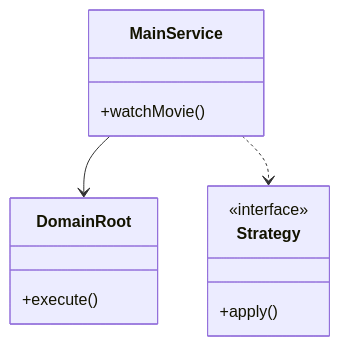
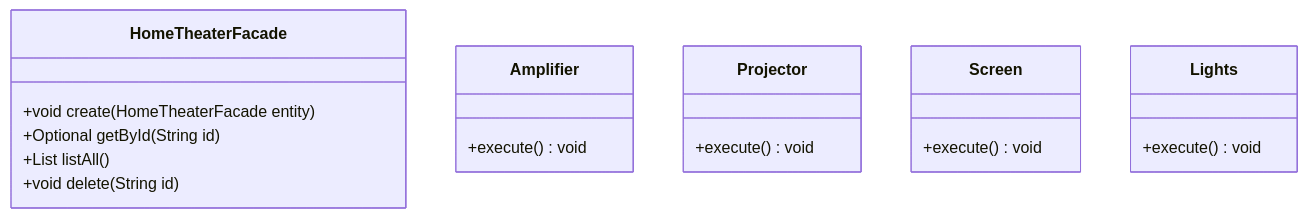
The first of 3 diagrams in Learn/System Design - Low Level Design/03-design-patterns/questions/Q09-facade-home-theater.md (madhupaila/Interview-Prep-SSE), drawn with Mermaid before and after one commit. The commit also changed other lines of this file and 491 other files, not shown here.

````diff
--- a/Learn/System Design - Low Level Design/03-design-patterns/questions/Q09-facade-home-theater.md
+++ b/Learn/System Design - Low Level Design/03-design-patterns/questions/Q09-facade-home-theater.md
@@ -74,15 +92,21 @@
 ```mermaid
 classDiagram
-    class MainService {
-        +watchMovie()
+    class HomeTheaterFacade {
+        +void create(HomeTheaterFacade entity)
+        +Optional<HomeTheaterFacade> getById(String id)
+        +List<HomeTheaterFacade> listAll()
+        +void delete(String id)
     }
-    class DomainRoot {
-        +execute()
+    class Amplifier {
+        +execute() void
     }
-    class Strategy {
-        <<interface>>
-        +apply()
+    class Projector {
+        +execute() void
     }
-    MainService --> DomainRoot
-    MainService ..> Strategy
+    class Screen {
+        +execute() void
+    }
+    class Lights {
+        +execute() void
+    }
 ```
````
